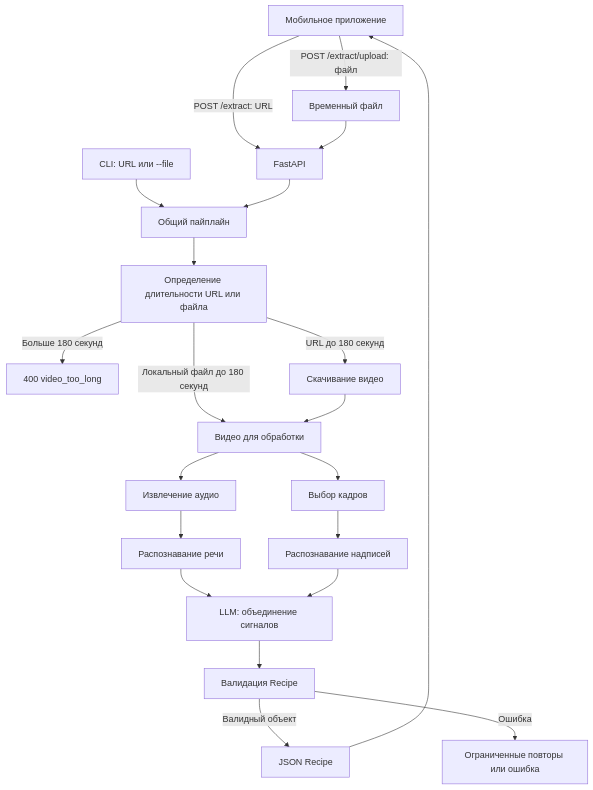
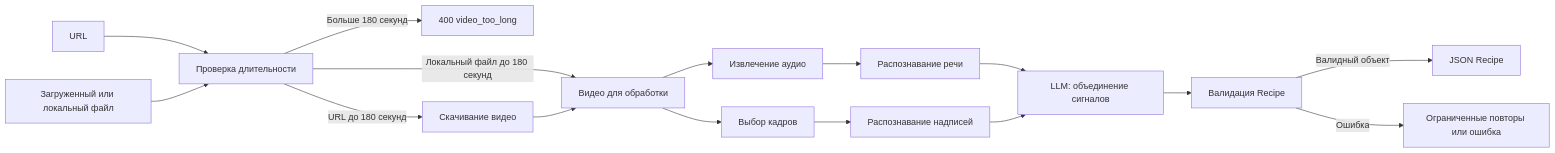
The diagram in docs/architecture.md (VictoriaPugach/recipe-video-extraction-pipeline), drawn with Mermaid before and after one commit. The commit also changed other lines of this file and 36 other files, not shown here.

````diff
--- a/docs/architecture.md
+++ b/docs/architecture.md
@@ -9,23 +9,18 @@
 ```mermaid
-flowchart TD
-    Mobile[Мобильное приложение] -->|POST /extract: URL| API[FastAPI]
-    Mobile -->|POST /extract/upload: файл| Upload[Временный файл]
-    Upload --> API
-    CLI[CLI: URL или --file] --> Pipeline[Общий пайплайн]
-    API --> Pipeline
-    Pipeline --> Probe[Определение длительности URL или файла]
+flowchart LR
+    URL[URL] --> Probe[Проверка длительности]
+    File[Загруженный или локальный файл] --> Probe
     Probe -->|Больше 180 секунд| Error[400 video_too_long]
     Probe -->|URL до 180 секунд| Download[Скачивание видео]
     Probe -->|Локальный файл до 180 секунд| Video[Видео для обработки]
     Download --> Video
     Video --> Audio[Извлечение аудио]
     Video --> Frames[Выбор кадров]
     Audio --> STT[Распознавание речи]
     Frames --> OCR[Распознавание надписей]
     STT --> Fusion[LLM: объединение сигналов]
     OCR --> Fusion
     Fusion --> Validation[Валидация Recipe]
     Validation -->|Валидный объект| Output[JSON Recipe]
     Validation -->|Ошибка| Retry[Ограниченные повторы или ошибка]
-    Output --> Mobile
 ```
````
